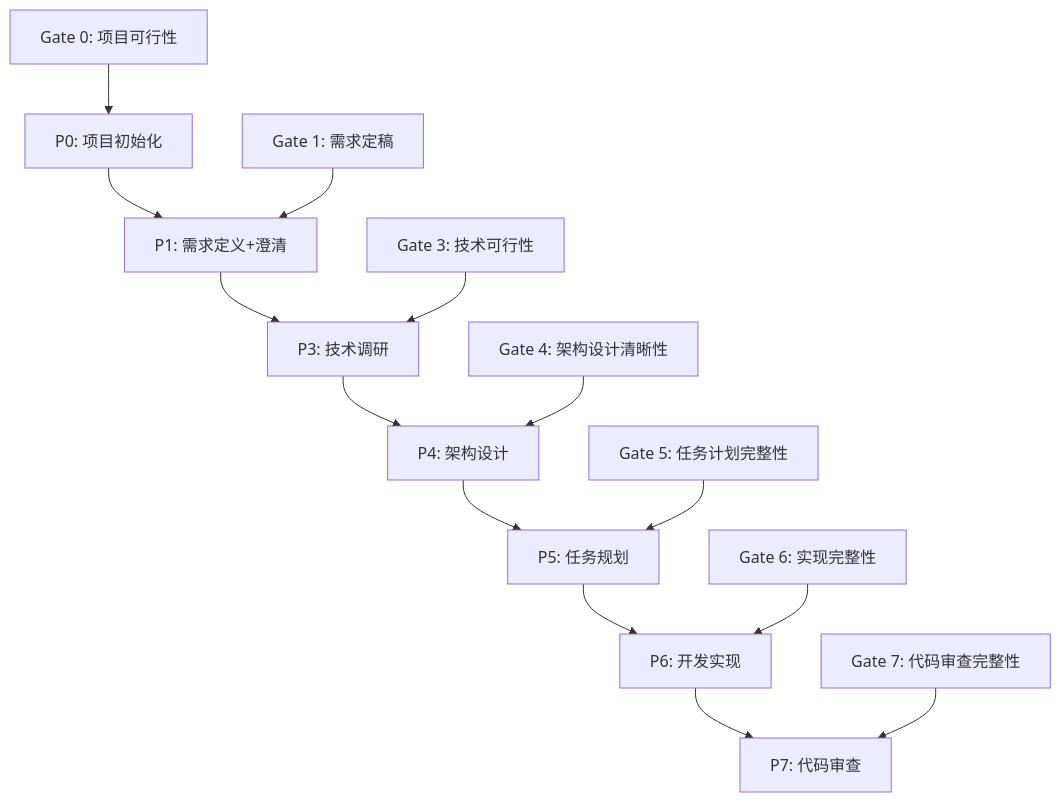
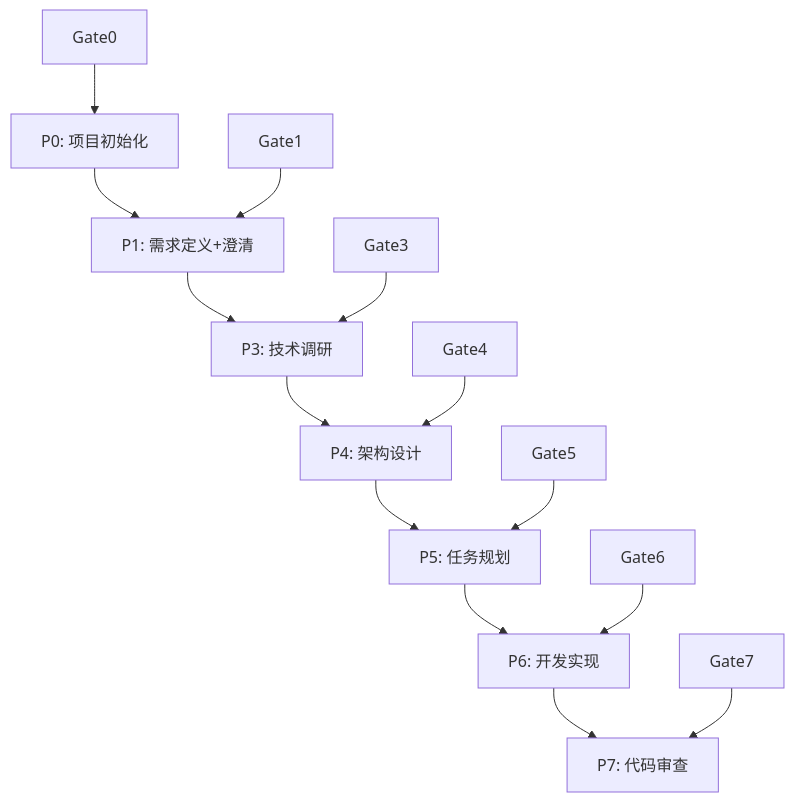
One commit to chenchiyuan/powerby-skills changed the diagram in docs/powerby-workflow-complete-guide.md. Above: the diagram before and after it, drawn with Mermaid. The commit also changed other lines of this file and 4 other files, not shown here.

````diff
--- a/docs/powerby-workflow-complete-guide.md
+++ b/docs/powerby-workflow-complete-guide.md
@@ -175,17 +62,17 @@
 ```mermaid
 graph TD
     P0[P0: 项目初始化] --> P1[P1: 需求定义+澄清]
     P1 --> P3[P3: 技术调研]
     P3 --> P4[P4: 架构设计]
     P4 --> P5[P5: 任务规划]
     P5 --> P6[P6: 开发实现]
     P6 --> P7[P7: 代码审查]
 
-    Gate0[Gate 0: 项目可行性] --> P0
-    Gate1[Gate 1: 需求定稿] --> P1
-    Gate3[Gate 3: 技术可行性] --> P3
-    Gate4[Gate 4: 架构设计清晰性] --> P4
-    Gate5[Gate 5: 任务计划完整性] --> P5
-    Gate6[Gate 6: 实现完整性] --> P6
-    Gate7[Gate 7: 代码审查完整性] --> P7
+    Gate0 --> P0
+    Gate1 --> P1
+    Gate3 --> P3
+    Gate4 --> P4
+    Gate5 --> P5
+    Gate6 --> P6
+    Gate7 --> P7
 ```
````
